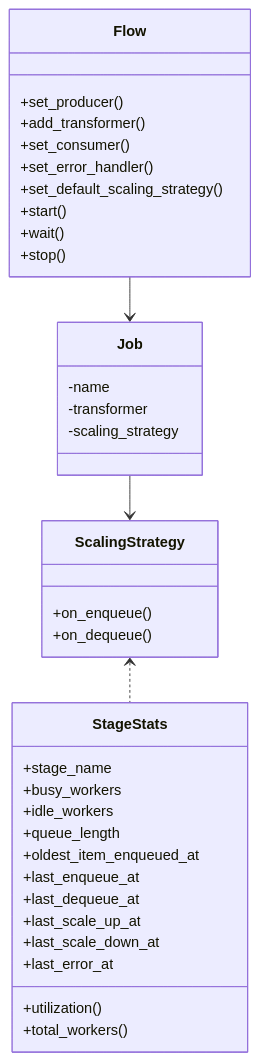
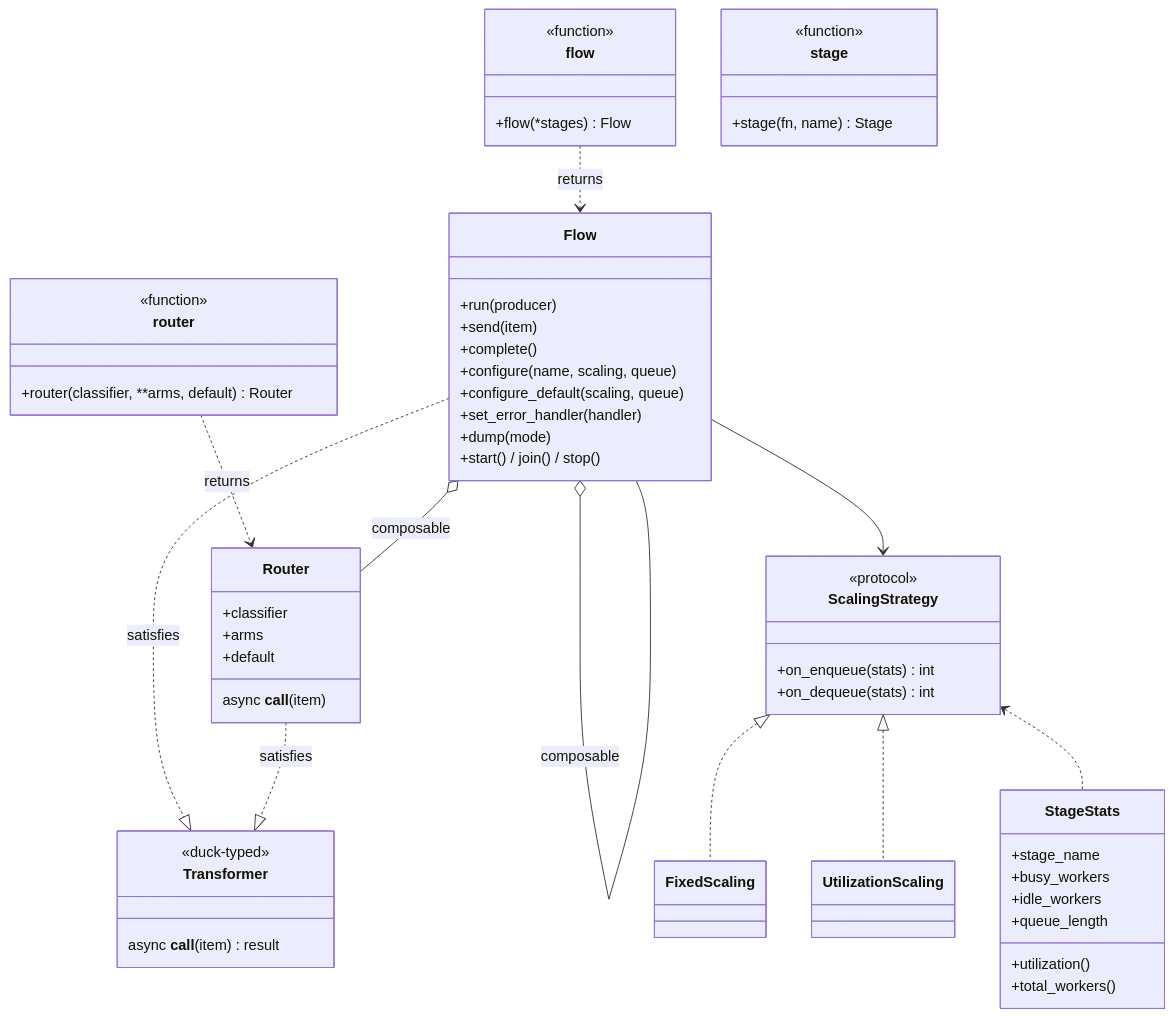
Before and after one commit to maxsimov/flowrhythm: the first of 2 diagrams in README.md, drawn with Mermaid. The commit also changed other lines of this file and 4 other files, not shown here.

First line of the commit message:
docs: redesign DSL around flow() function and ROADMAP

````diff
--- a/README.md
+++ b/README.md
@@ -155,43 +651,68 @@
 ```mermaid
 classDiagram
-    class Flow {
-        +set_producer()
-        +add_transformer()
-        +set_consumer()
-        +set_error_handler()
-        +set_default_scaling_strategy()
-        +start()
-        +wait()
-        +stop()
+    class flow {
+        <<function>>
+        +flow(*stages) Flow
     }
 
-    class Job {
-        -name
-        -transformer
-        -scaling_strategy
+    class router {
+        <<function>>
+        +router(classifier, **arms, default) Router
+    }
+
+    class stage {
+        <<function>>
+        +stage(fn, name) Stage
+    }
+
+    class Transformer {
+        <<duck-typed>>
+        async __call__(item) result
+    }
+
+    class Flow {
+        +run(producer)
+        +send(item)
+        +complete()
+        +configure(name, scaling, queue)
+        +configure_default(scaling, queue)
+        +set_error_handler(handler)
+        +dump(mode)
+        +start() / join() / stop()
+    }
+
+    class Router {
+        +classifier
+        +arms
+        +default
+        async __call__(item)
     }
 
     class ScalingStrategy {
-        +on_enqueue()
-        +on_dequeue()
+        <<protocol>>
+        +on_enqueue(stats) int
+        +on_dequeue(stats) int
     }
+    class FixedScaling
+    class UtilizationScaling
 
     class StageStats {
         +stage_name
         +busy_workers
         +idle_workers
         +queue_length
-        +oldest_item_enqueued_at
-        +last_enqueue_at
-        +last_dequeue_at
-        +last_scale_up_at
-        +last_scale_down_at
-        +last_error_at
         +utilization()
         +total_workers()
     }
 
-    Flow --> Job
-    Job --> ScalingStrategy
+    flow ..> Flow : returns
+    router ..> Router : returns
+    Flow ..|> Transformer : satisfies
+    Router ..|> Transformer : satisfies
+    Flow o-- Flow : composable
+    Flow o-- Router : composable
+    Flow --> ScalingStrategy
+    ScalingStrategy <|.. FixedScaling
+    ScalingStrategy <|.. UtilizationScaling
     ScalingStrategy <.. StageStats
 ```
````
